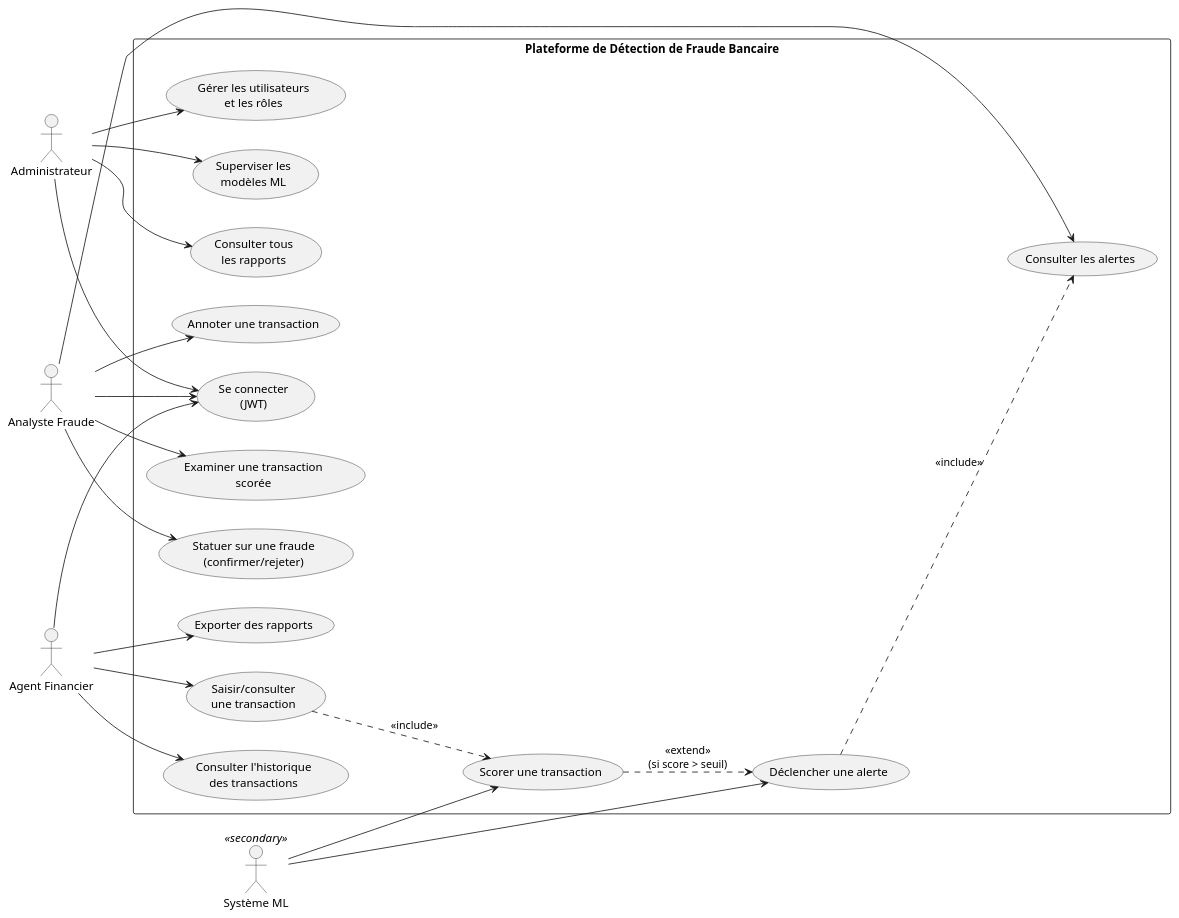
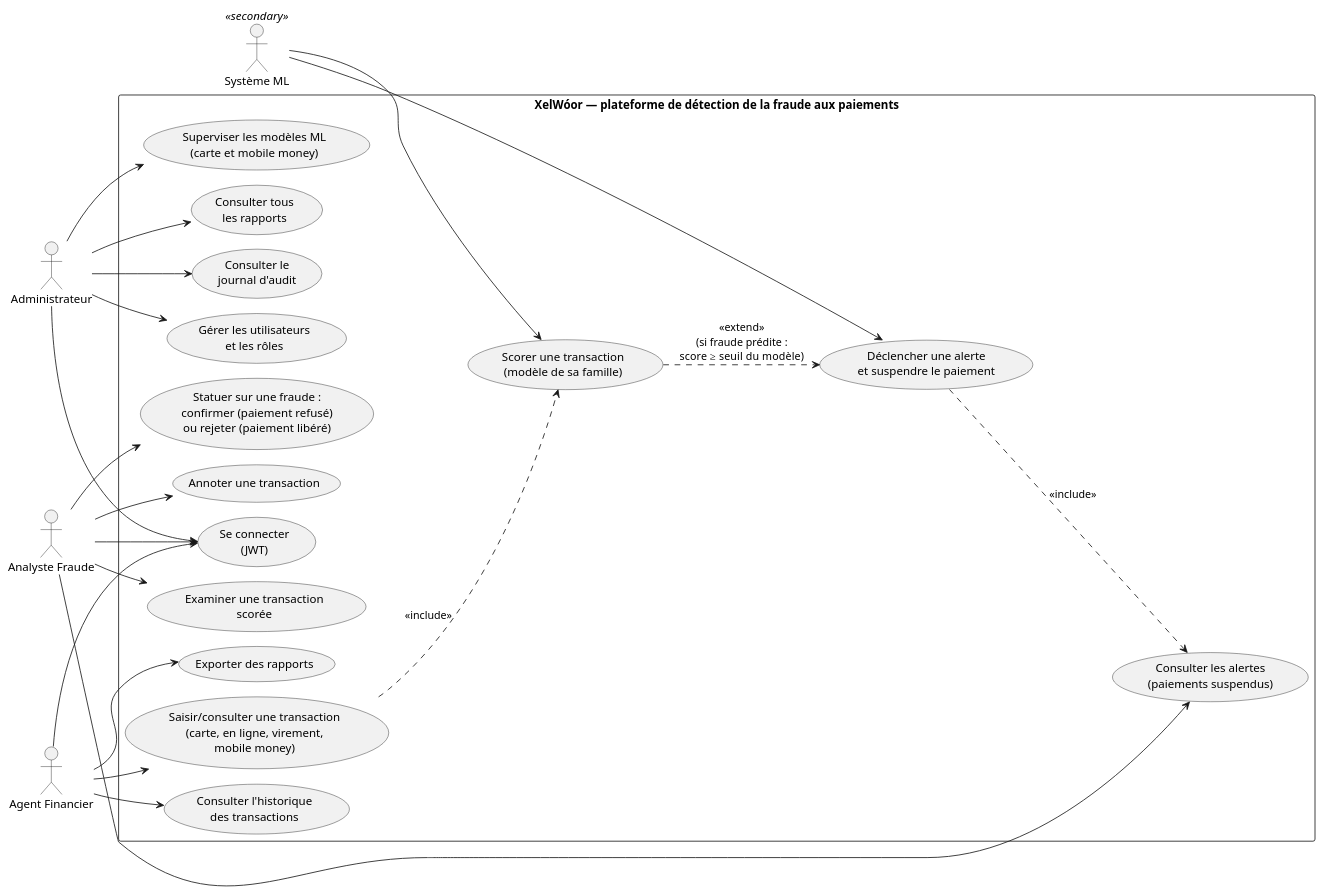
The diagram in docs/conception/uml/Diagramme_Cas_Utilisation_CORRIGE.puml (dlouisesophie-debug/plateforme-fraude-bancaire), drawn with PlantUML before and after one commit. The commit also changed 13 other files, not shown here.

First line of the commit message:
docs: diagrammes UML à jour (suspension, deux modèles, séquence réelle)

```diff
--- a/docs/conception/uml/Diagramme_Cas_Utilisation_CORRIGE.puml
+++ b/docs/conception/uml/Diagramme_Cas_Utilisation_CORRIGE.puml
@@ -1,50 +1,54 @@
 @startuml
+' Mis à jour le 19/11/2026 : suspension temporaire du paiement, second modèle (mobile money), journal d'audit.
+!pragma layout smetana
 left to right direction
 
 actor "Administrateur" as Admin
 actor "Analyste Fraude" as Analyst
 actor "Agent Financier" as Agent
 actor "Système ML" as ML <<secondary>>
 
-rectangle "Plateforme de Détection de Fraude Bancaire" {
+rectangle "XelWóor — plateforme de détection de la fraude aux paiements" {
   usecase "Se connecter\n(JWT)" as UC1
   usecase "Gérer les utilisateurs\net les rôles" as UC2
-  usecase "Superviser les\nmodèles ML" as UC3
+  usecase "Superviser les modèles ML\n(carte et mobile money)" as UC3
   usecase "Consulter tous\nles rapports" as UC4
+  usecase "Consulter le\njournal d'audit" as UC14
 
-  usecase "Consulter les alertes" as UC5
+  usecase "Consulter les alertes\n(paiements suspendus)" as UC5
   usecase "Examiner une transaction\nscorée" as UC6
-  usecase "Statuer sur une fraude\n(confirmer/rejeter)" as UC7
+  usecase "Statuer sur une fraude :\nconfirmer (paiement refusé)\nou rejeter (paiement libéré)" as UC7
   usecase "Annoter une transaction" as UC8
 
-  usecase "Saisir/consulter\nune transaction" as UC9
+  usecase "Saisir/consulter une transaction\n(carte, en ligne, virement,\nmobile money)" as UC9
   usecase "Consulter l'historique\ndes transactions" as UC10
   usecase "Exporter des rapports" as UC11
 
-  usecase "Scorer une transaction" as UC12
-  usecase "Déclencher une alerte" as UC13
+  usecase "Scorer une transaction\n(modèle de sa famille)" as UC12
+  usecase "Déclencher une alerte\net suspendre le paiement" as UC13
 }
 
 Admin --> UC1
 Admin --> UC2
 Admin --> UC3
 Admin --> UC4
+Admin --> UC14
 
 Analyst --> UC1
 Analyst --> UC5
 Analyst --> UC6
 Analyst --> UC7
 Analyst --> UC8
 
 Agent --> UC1
 Agent --> UC9
 Agent --> UC10
 Agent --> UC11
 
 ML --> UC12
 ML --> UC13
 
 UC9 ..> UC12 : <<include>>
-UC12 ..> UC13 : <<extend>>\n(si score > seuil)
+UC12 ..> UC13 : <<extend>>\n(si fraude prédite :\nscore ≥ seuil du modèle)
 UC13 ..> UC5 : <<include>>
 @enduml
```
